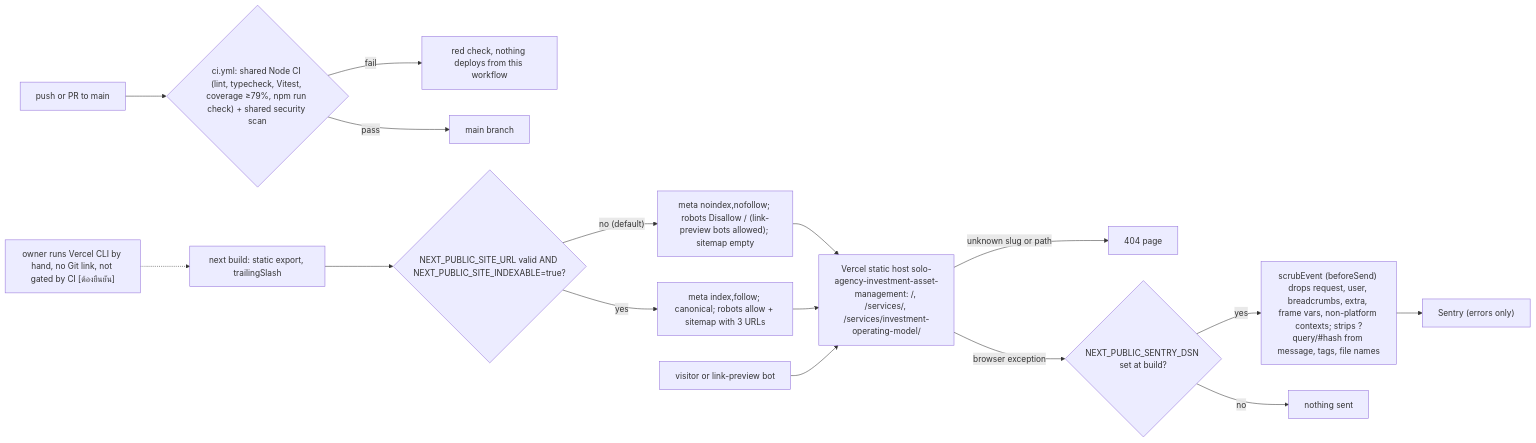
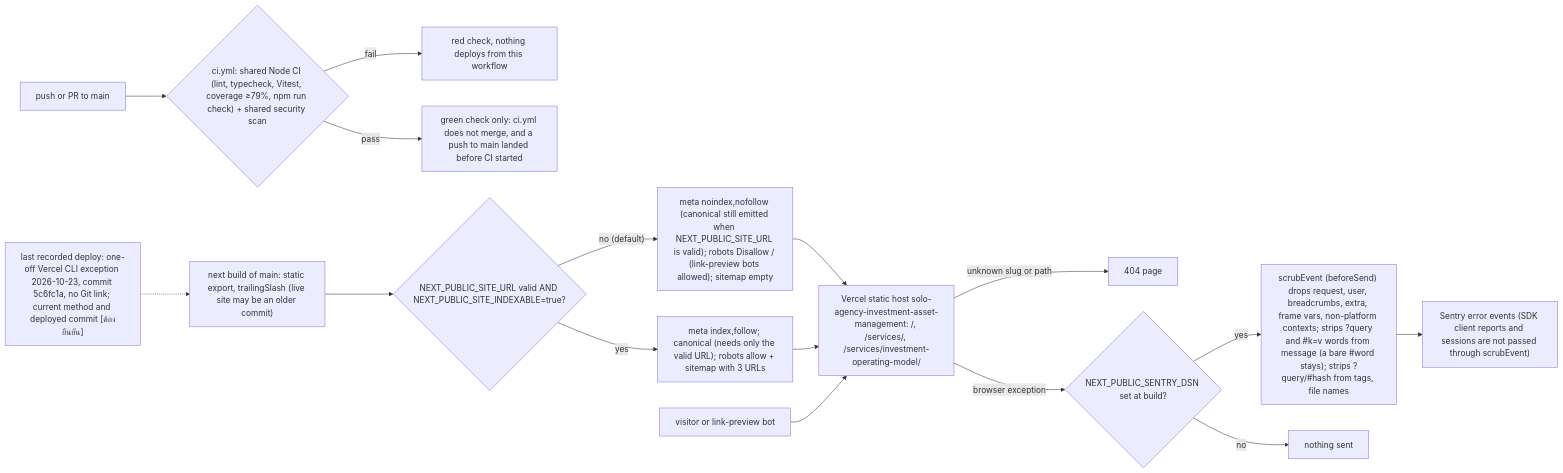
The first of 2 diagrams in docs/diagrams/01-business-process.md (bookchaowalit-agency/agency-investment-asset-management-web), drawn with Mermaid before and after one commit. The commit also changed other lines of this file, not shown here.

````diff
--- a/docs/diagrams/01-business-process.md
+++ b/docs/diagrams/01-business-process.md
@@ -9,17 +9,17 @@
 ```mermaid
 flowchart LR
   DEV["push or PR to main"] --> CI{"ci.yml: shared Node CI (lint, typecheck, Vitest, coverage ≥79%, npm run check) + shared security scan"}
   CI -->|fail| RED["red check, nothing deploys from this workflow"]
-  CI -->|pass| MAIN["main branch"]
-  OWNER["owner runs Vercel CLI by hand, no Git link, not gated by CI [ต้องยืนยัน]"] -.-> BUILD["next build: static export, trailingSlash"]
+  CI -->|pass| GREEN["green check only: ci.yml does not merge, and a push to main landed before CI started"]
+  OWNER["last recorded deploy: one-off Vercel CLI exception 2026-10-23, commit 5c6fc1a, no Git link; current method and deployed commit [ต้องยืนยัน]"] -.-> BUILD["next build of main: static export, trailingSlash (live site may be an older commit)"]
   BUILD --> GATE{"NEXT_PUBLIC_SITE_URL valid AND NEXT_PUBLIC_SITE_INDEXABLE=true?"}
-  GATE -->|"no (default)"| NOIDX["meta noindex,nofollow; robots Disallow / (link-preview bots allowed); sitemap empty"]
-  GATE -->|yes| IDX["meta index,follow; canonical; robots allow + sitemap with 3 URLs"]
+  GATE -->|"no (default)"| NOIDX["meta noindex,nofollow (canonical still emitted when NEXT_PUBLIC_SITE_URL is valid); robots Disallow / (link-preview bots allowed); sitemap empty"]
+  GATE -->|yes| IDX["meta index,follow; canonical (needs only the valid URL); robots allow + sitemap with 3 URLs"]
   NOIDX --> SITE["Vercel static host solo-agency-investment-asset-management: /, /services/, /services/investment-operating-model/"]
   IDX --> SITE
   VIS["visitor or link-preview bot"] --> SITE
   SITE -->|"unknown slug or path"| NF["404 page"]
   SITE -->|"browser exception"| DSN{"NEXT_PUBLIC_SENTRY_DSN set at build?"}
-  DSN -->|yes| SCRUB["scrubEvent (beforeSend) drops request, user, breadcrumbs, extra, frame vars, non-platform contexts; strips ?query/#hash from message, tags, file names"] --> SENTRY["Sentry (errors only)"]
+  DSN -->|yes| SCRUB["scrubEvent (beforeSend) drops request, user, breadcrumbs, extra, frame vars, non-platform contexts; strips ?query and #k=v words from message (a bare #word stays); strips ?query/#hash from tags, file names"] --> SENTRY["Sentry error events (SDK client reports and sessions are not passed through scrubEvent)"]
   DSN -->|no| NONE["nothing sent"]
 ```
````
